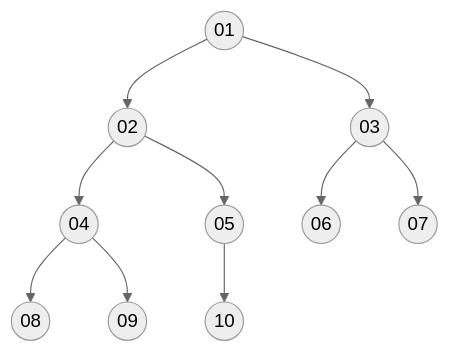
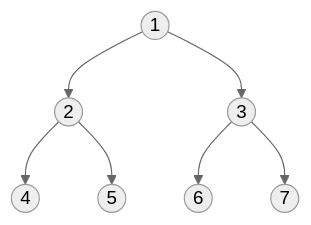
Before and after one commit to CHOYUNSIG/algorithm_with_boj: the eighth of 8 diagrams in _posts/2024-01-15-priority_queue.md, drawn with Mermaid (neutral theme). The commit also changed other lines of this file, not shown here.

Commit message:
포스트 업데이트

```diff
--- a/_posts/2024-01-15-priority_queue.md
+++ b/_posts/2024-01-15-priority_queue.md
@@ -256,24 +256,18 @@
 <pre class="mermaid">
     graph TD
 
     A --> B1
     A --> B2
     B1 --> C1
     B1 --> C2
     B2 --> C3
     B2 --> C4
-    C1 --> D1
-    C1 --> D2
-    C2 --> D3
 
-    A((01))
-    B1((02))
-    B2((03))
-    C1((04))
-    C2((05))
-    C3((06))
-    C4((07))
-    D1((08))
-    D2((09))
-    D3((10))
+    A((1))
+    B1((2))
+    B2((3))
+    C1((4))
+    C2((5))
+    C3((6))
+    C4((7))
 </pre>
```
